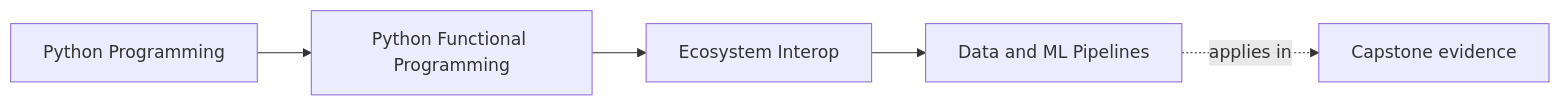
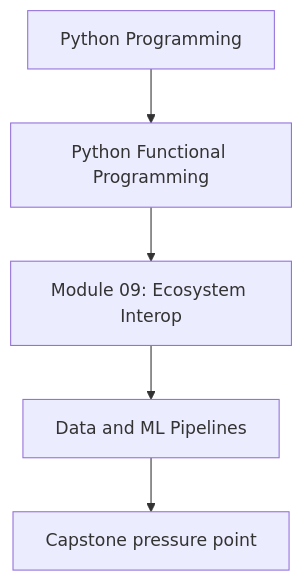
Before and after one commit to bijux/bijux-masterclass: the first of 2 diagrams in programs/python-programming/python-functional-programming/course-book/module-09-ecosystem-interop/data-and-ml-pipelines.md, drawn with Mermaid. The commit also changed other lines of this file and 118 other files, not shown here.

Commit message:
docs(python-functional-programming): align concept page diagrams

````diff
--- a/programs/python-programming/python-functional-programming/course-book/module-09-ecosystem-interop/data-and-ml-pipelines.md
+++ b/programs/python-programming/python-functional-programming/course-book/module-09-ecosystem-interop/data-and-ml-pipelines.md
@@ -6,11 +6,7 @@
 ```mermaid
-graph LR
-  family["Python Programming"]
-  program["Python Functional Programming"]
-  section["Ecosystem Interop"]
-  page["Data and ML Pipelines"]
-  capstone["Capstone evidence"]
-
-  family --> program --> section --> page
-  page -.applies in.-> capstone
+flowchart TD
+  family["Python Programming"] --> program["Python Functional Programming"]
+  program --> module["Module 09: Ecosystem Interop"]
+  module --> concept["Data and ML Pipelines"]
+  concept --> capstone["Capstone pressure point"]
 ```
````
